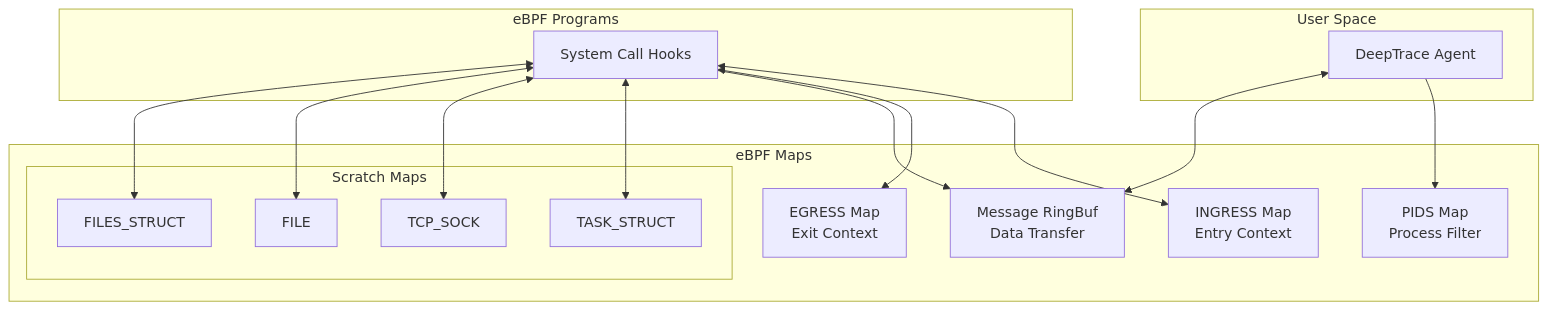
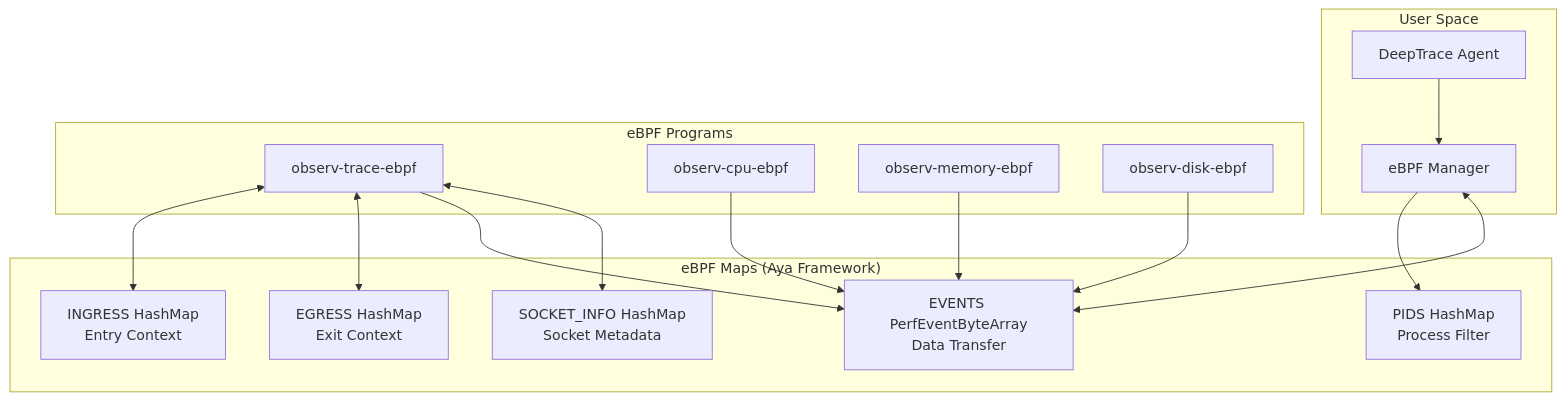
The diagram in docs/src/ebpf/maps.md (DeepShield-AI/DeepTrace), drawn with Mermaid before and after one commit. The commit also changed other lines of this file and 31 other files, not shown here.

````diff
--- a/docs/src/ebpf/maps.md
+++ b/docs/src/ebpf/maps.md
@@ -9,34 +9,33 @@
 ```mermaid
 graph TB
     subgraph "User Space"
         AGENT[DeepTrace Agent]
+        MANAGER[eBPF Manager]
     end
     
-    subgraph "eBPF Maps"
-        PIDS[PIDS Map<br/>Process Filter]
-        INGRESS[INGRESS Map<br/>Entry Context]
-        EGRESS[EGRESS Map<br/>Exit Context]
-        MESSAGE[Message RingBuf<br/>Data Transfer]
-        
-        subgraph "Scratch Maps"
-            TASK[TASK_STRUCT]
-            TCP[TCP_SOCK]
-            FILE_MAP[FILE]
-            FILES[FILES_STRUCT]
-        end
+    subgraph "eBPF Maps (Aya Framework)"
+        PIDS[PIDS HashMap<br/>Process Filter]
+        INGRESS[INGRESS HashMap<br/>Entry Context]
+        EGRESS[EGRESS HashMap<br/>Exit Context]
+        EVENTS[EVENTS PerfEventByteArray<br/>Data Transfer]
+        SOCKET_INFO[SOCKET_INFO HashMap<br/>Socket Metadata]
     end
     
     subgraph "eBPF Programs"
-        HOOKS[System Call Hooks]
+        TRACE[observ-trace-ebpf]
+        CPU[observ-cpu-ebpf]
+        MEMORY[observ-memory-ebpf]
+        DISK[observ-disk-ebpf]
     end
     
-    AGENT --> PIDS
-    AGENT <--> MESSAGE
-    HOOKS <--> INGRESS
-    HOOKS <--> EGRESS
-    HOOKS --> MESSAGE
-    HOOKS <--> TASK
-    HOOKS <--> TCP
-    HOOKS <--> FILE_MAP
-    HOOKS <--> FILES
+    AGENT --> MANAGER
+    MANAGER --> PIDS
+    MANAGER <--> EVENTS
+    TRACE <--> INGRESS
+    TRACE <--> EGRESS
+    TRACE --> EVENTS
+    TRACE <--> SOCKET_INFO
+    CPU --> EVENTS
+    MEMORY --> EVENTS
+    DISK --> EVENTS
 ```
````
